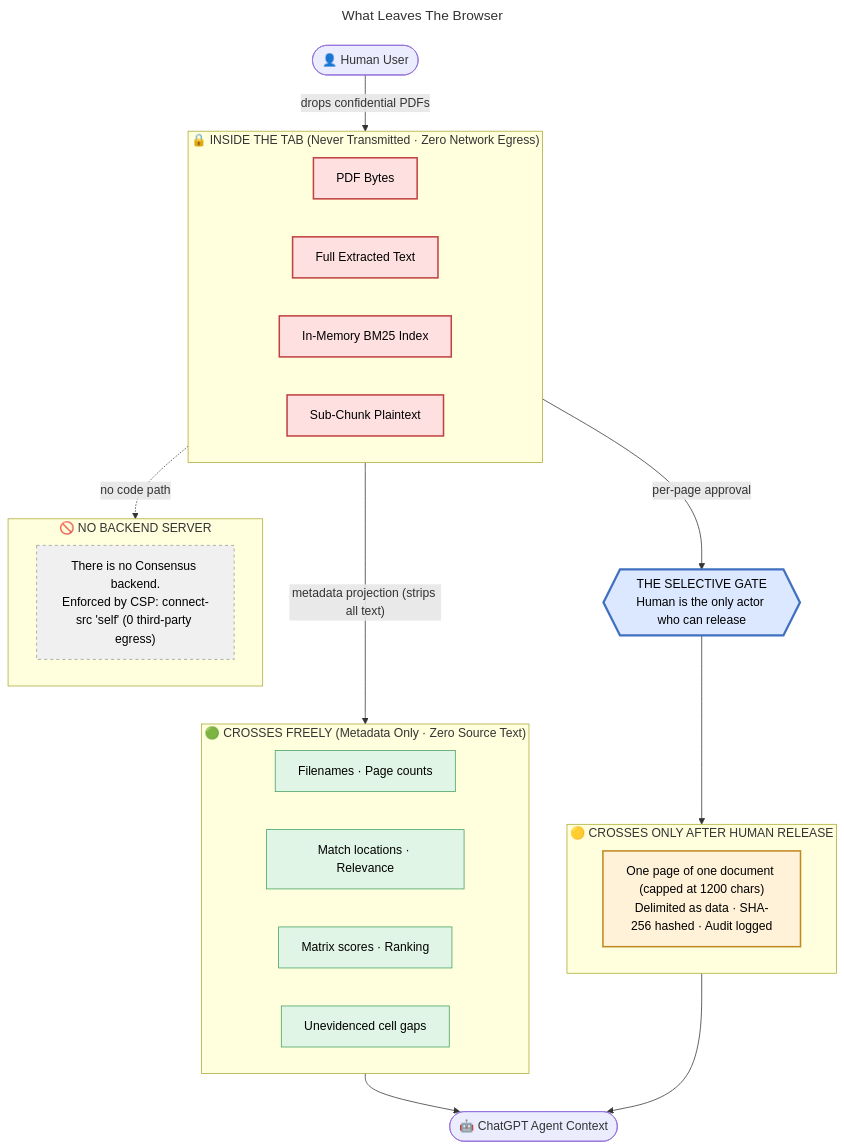
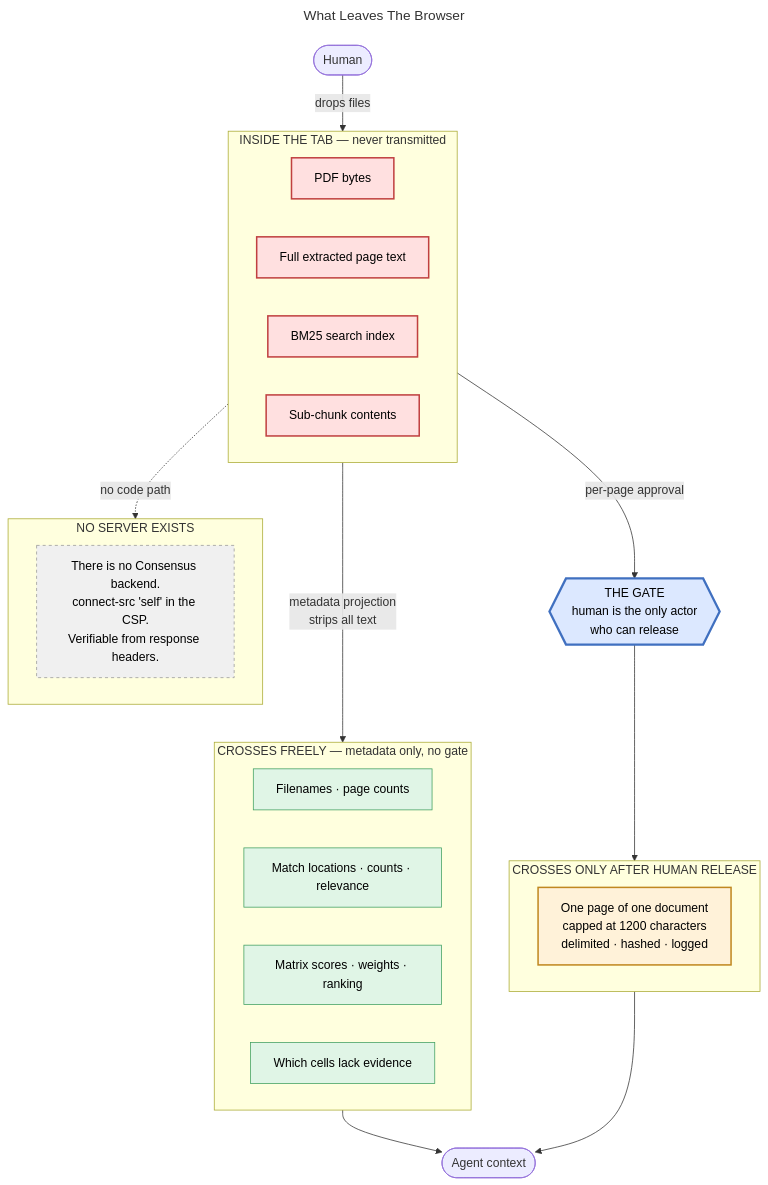
Before and after one commit to edish-github/Consensus: the diagram in docs/diagrams/src/02-trust-boundary.mmd, drawn with Mermaid. The commit also changed 7 other files, not shown here.

Commit message:
docs: diagram modification

```diff
--- a/docs/diagrams/src/02-trust-boundary.mmd
+++ b/docs/diagrams/src/02-trust-boundary.mmd
@@ -1,51 +1,51 @@
 ---
 title: What Leaves The Browser
 ---
 flowchart TB
 
-  HUMAN(["👤 Human User"]) -->|"drops confidential PDFs"| INSIDE
+  HUMAN(["Human"]) -->|"drops files"| INSIDE
 
-  subgraph INSIDE["🔒 INSIDE THE TAB (Never Transmitted · Zero Network Egress)"]
+  subgraph INSIDE["INSIDE THE TAB — never transmitted"]
     direction LR
-    B1["PDF Bytes"]
-    B2["Full Extracted Text"]
-    B3["In-Memory BM25 Index"]
-    B4["Sub-Chunk Plaintext"]
+    B1["PDF bytes"]
+    B2["Full extracted page text"]
+    B3["BM25 search index"]
+    B4["Sub-chunk contents"]
   end
 
-  subgraph NEVER["🚫 NO BACKEND SERVER"]
-    N1["There is no Consensus backend.<br/>Enforced by CSP: connect-src 'self' (0 third-party egress)"]
+  subgraph NEVER["NO SERVER EXISTS"]
+    N1["There is no Consensus backend.<br/>connect-src 'self' in the CSP.<br/>Verifiable from response headers."]
   end
 
   INSIDE -.->|"no code path"| NEVER
 
-  INSIDE -->|"metadata projection (strips all text)"| FREE
-  INSIDE -->|"per-page approval"| GATE{{"THE SELECTIVE GATE<br/>Human is the only actor who can release"}}
+  INSIDE -->|"metadata projection<br/>strips all text"| FREE
+  INSIDE -->|"per-page approval"| GATE{{"THE GATE<br/>human is the only actor<br/>who can release"}}
 
-  subgraph FREE["🟢 CROSSES FREELY (Metadata Only · Zero Source Text)"]
+  subgraph FREE["CROSSES FREELY — metadata only, no gate"]
     direction LR
-    F1["Filenames · Page counts"]
-    F2["Match locations · Relevance"]
-    F3["Matrix scores · Ranking"]
-    F4["Unevidenced cell gaps"]
+    F1["Filenames · page counts"]
+    F2["Match locations · counts · relevance"]
+    F3["Matrix scores · weights · ranking"]
+    F4["Which cells lack evidence"]
   end
 
-  subgraph GATED["🟡 CROSSES ONLY AFTER HUMAN RELEASE"]
-    G1["One page of one document (capped at 1200 chars)<br/>Delimited as data · SHA-256 hashed · Audit logged"]
+  subgraph GATED["CROSSES ONLY AFTER HUMAN RELEASE"]
+    G1["One page of one document<br/>capped at 1200 characters<br/>delimited · hashed · logged"]
   end
 
   GATE --> GATED
-  FREE --> AGENT(["🤖 ChatGPT Agent Context"])
+  FREE --> AGENT(["Agent context"])
   GATED --> AGENT
 
   classDef plaintext fill:#ffe0e0,stroke:#c04040,stroke-width:2px,color:#000
   classDef free fill:#e0f5e6,stroke:#40a060,color:#000
   classDef gated fill:#fff2d9,stroke:#c08820,stroke-width:2px,color:#000
   classDef gate fill:#dce8ff,stroke:#4070c0,stroke-width:3px,color:#000
   classDef never fill:#f0f0f0,stroke:#999,stroke-dasharray:4 4,color:#000
 
   class B1,B2,B3,B4 plaintext
   class F1,F2,F3,F4 free
   class G1 gated
   class GATE gate
   class N1 never
```
